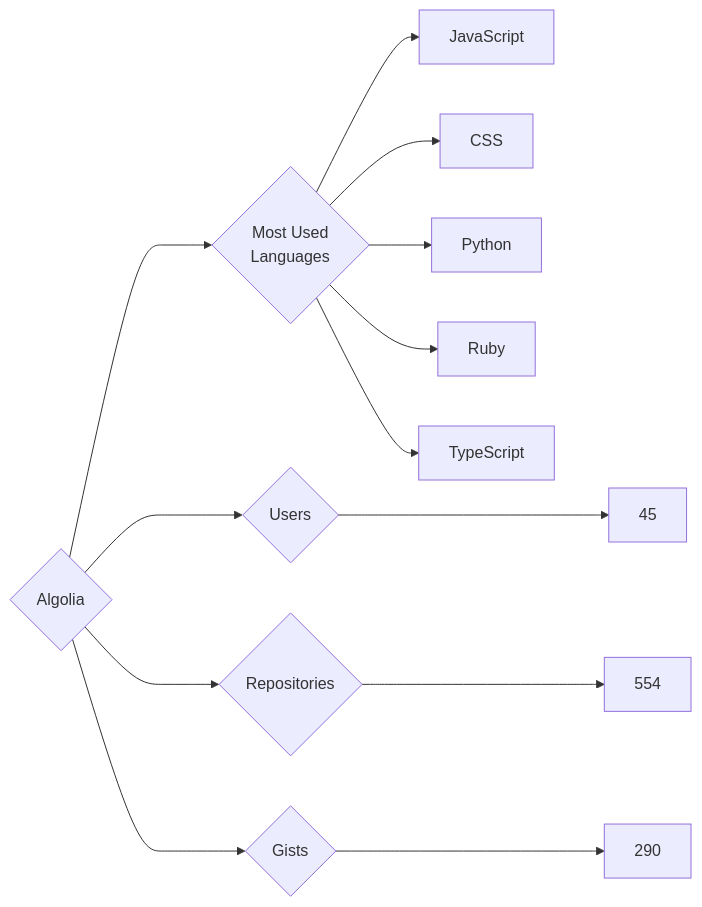
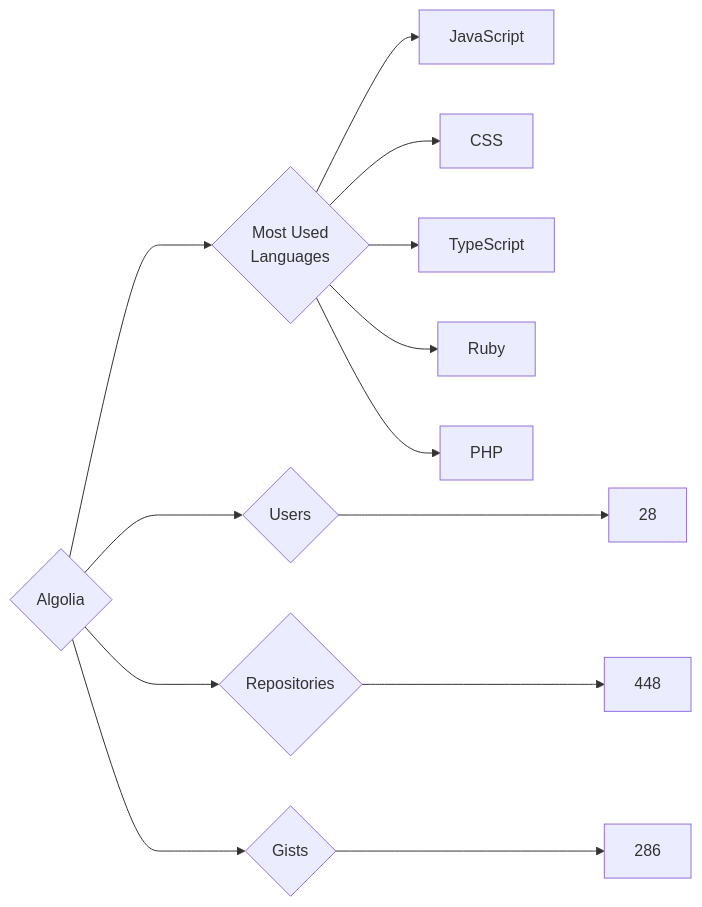
Before and after one commit to trickest/insiders: the diagram in targets/Algolia/README.md, drawn with Mermaid. The commit also changed 629 other files, not shown here.

````diff
--- a/targets/Algolia/README.md
+++ b/targets/Algolia/README.md
@@ -3,13 +3,13 @@
 ```mermaid
 graph LR
 COMPANY_NAME{Algolia}
-COMPANY_NAME ---> U{Users} ---> UN[45]
-COMPANY_NAME ---> R{Repositories} ---> RN[554]
-COMPANY_NAME ---> G{Gists} ---> GN[290]
+COMPANY_NAME ---> U{Users} ---> UN[28]
+COMPANY_NAME ---> R{Repositories} ---> RN[448]
+COMPANY_NAME ---> G{Gists} ---> GN[286]
 COMPANY_NAME ---> ML{Most Used<br>Languages}
 ML --> JavaScript[JavaScript]
 ML --> CSS[CSS]
-ML --> Python[Python]
+ML --> TypeScript[TypeScript]
 ML --> Ruby[Ruby]
-ML --> TypeScript[TypeScript]
+ML --> PHP[PHP]
 ```
````
